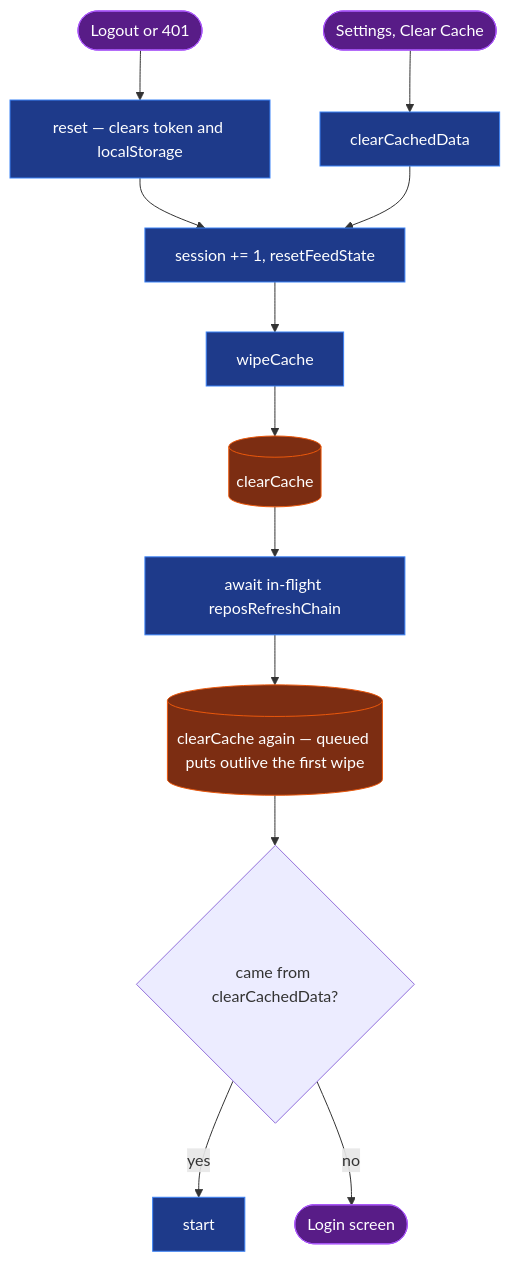
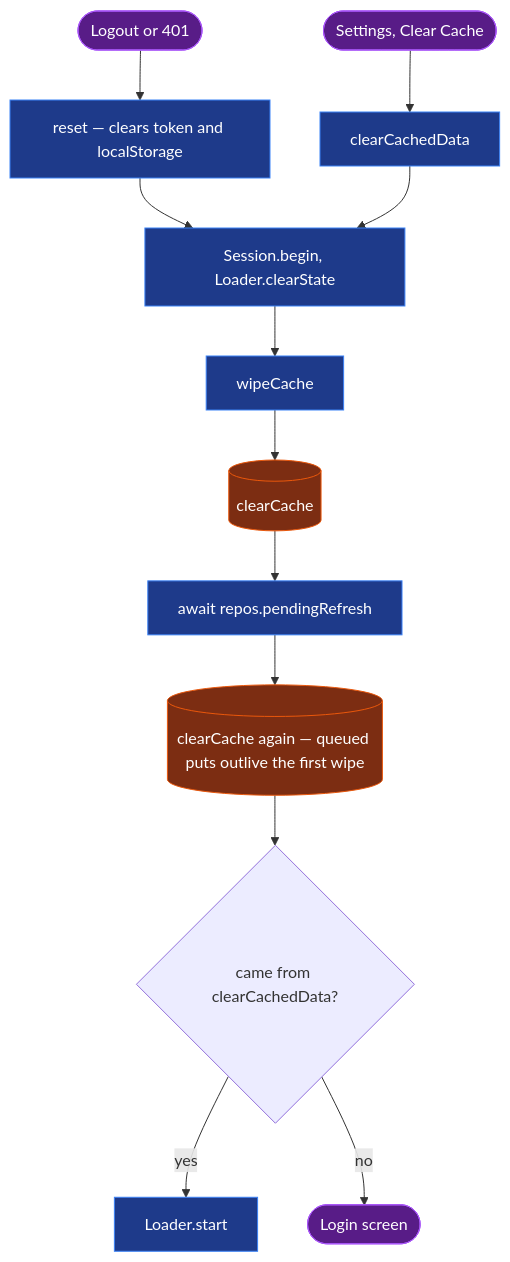
The second of 2 diagrams in IMPLEMENTATION.md (KieranP/Github-Releases-Feed), drawn with Mermaid before and after one commit. The commit also changed other lines of this file and 31 other files, not shown here.

````diff
--- a/IMPLEMENTATION.md
+++ b/IMPLEMENTATION.md
@@ -100,18 +124,18 @@
 ```mermaid
 flowchart TD
   classDef fn fill:#1e3a8a,stroke:#3b82f6,color:#fff
   classDef io fill:#7c2d12,stroke:#ea580c,color:#fff
   classDef ext fill:#581c87,stroke:#a855f7,color:#fff
 
   Logout([Logout or 401]):::ext --> resetFn["reset — clears token and localStorage"]:::fn
   ClearBtn([Settings, Clear Cache]):::ext --> clearFn["clearCachedData"]:::fn
-  resetFn --> bump["session += 1, resetFeedState"]:::fn
+  resetFn --> bump["Session.begin, Loader.clearState"]:::fn
   clearFn --> bump
   bump --> wipeCache["wipeCache"]:::fn
   wipeCache --> clear1[("clearCache")]:::io
-  clear1 --> awaitChain["await in-flight reposRefreshChain"]:::fn
+  clear1 --> awaitChain["await repos.pendingRefresh"]:::fn
   awaitChain --> clear2[("clearCache again — queued puts outlive the first wipe")]:::io
   clear2 --> restart{"came from clearCachedData?"}
-  restart -->|yes| startAgain["start"]:::fn
+  restart -->|yes| startAgain["Loader.start"]:::fn
   restart -->|no| Idle([Login screen]):::ext
 ```
````
